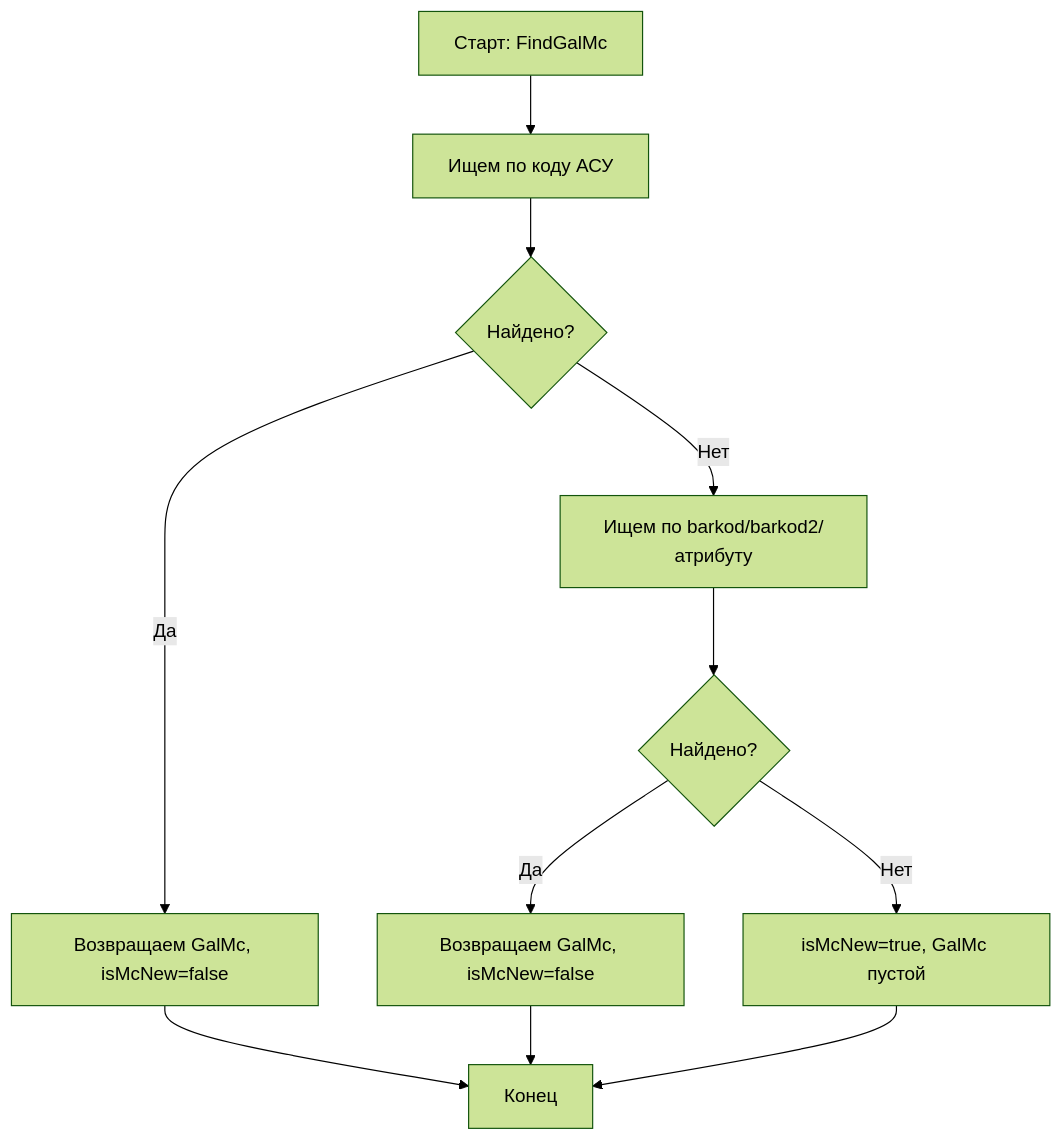
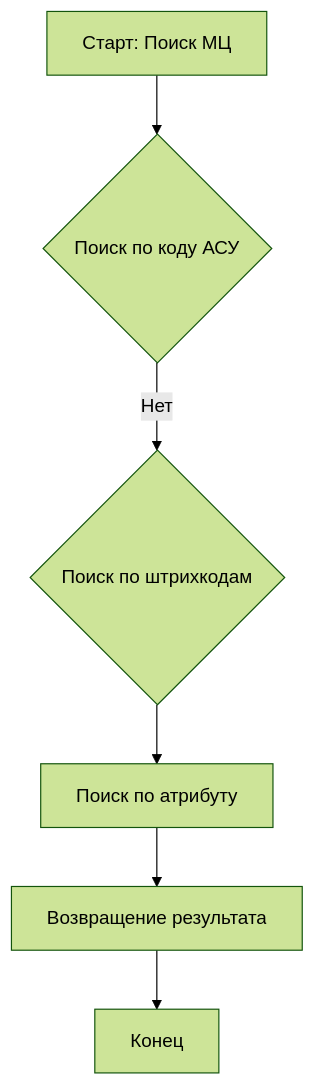
The third of 20 diagrams in README.md (fivec/topsoft.JAM), drawn with Mermaid (forest theme) before and after one commit. The commit also changed other lines of this file, not shown here.

````diff
--- a/README.md
+++ b/README.md
@@ -124,11 +143,8 @@
 ```mermaid
 flowchart TD
-A[Старт: FindGalMc] --> B[Ищем по коду АСУ]
-B --> C{Найдено?}
-C -- Да --> D[Возвращаем GalMc, isMcNew=false]
-C -- Нет --> E[Ищем по barkod/barkod2/атрибуту]
-E --> F{Найдено?}
-F -- Да --> G[Возвращаем GalMc, isMcNew=false]
-F -- Нет --> H[isMcNew=true, GalMc пустой]
-D & G & H --> I[Конец]
+    A[Старт: Поиск МЦ] --> B{Поиск по коду АСУ}
+    B -- Нет --> C{Поиск по штрихкодам}
+    C --> D[Поиск по атрибуту]
+    D --> E[Возвращение результата]
+    E --> F[Конец]
 ```
````
